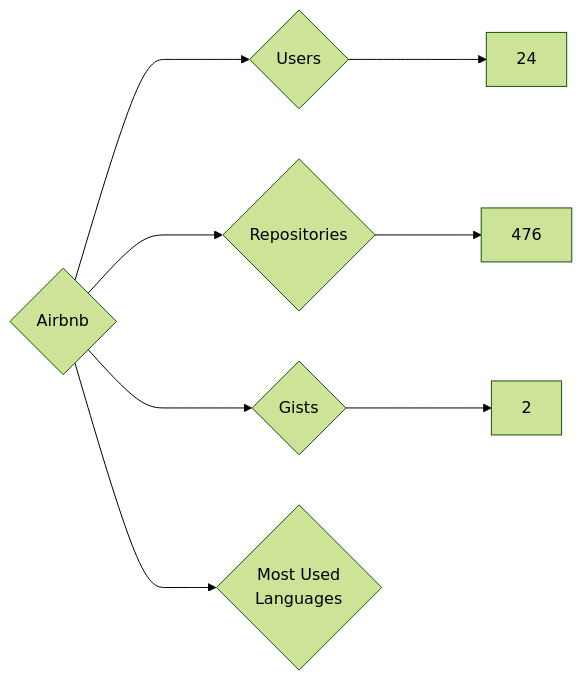
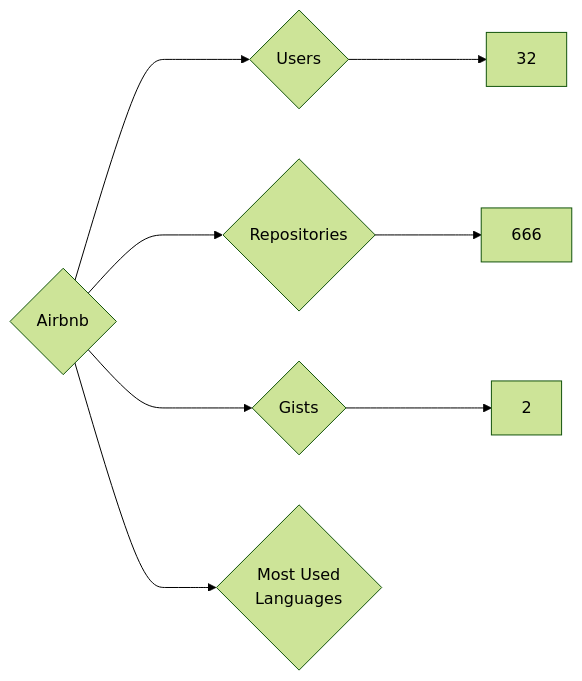
One commit to nenadzaric/insiders changed the diagram in targets/Airbnb/README.md. Above: the diagram before and after it, drawn with Mermaid (forest theme). The commit also changed 31 other files, not shown here.

````diff
--- a/targets/Airbnb/README.md
+++ b/targets/Airbnb/README.md
@@ -3,8 +3,8 @@
 ```mermaid
 graph LR
 COMPANY_NAME{Airbnb}
-COMPANY_NAME ---> U{Users} ---> UN[24]
-COMPANY_NAME ---> R{Repositories} ---> RN[476]
+COMPANY_NAME ---> U{Users} ---> UN[32]
+COMPANY_NAME ---> R{Repositories} ---> RN[666]
 COMPANY_NAME ---> G{Gists} ---> GN[2]
 COMPANY_NAME ---> ML{Most Used<br>Languages}
 ```
````
